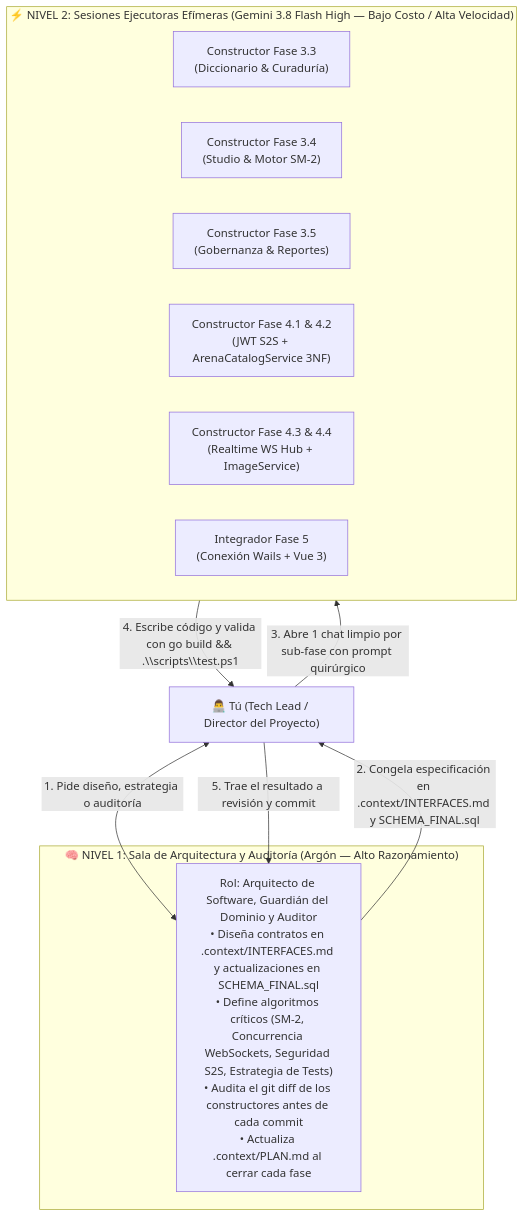
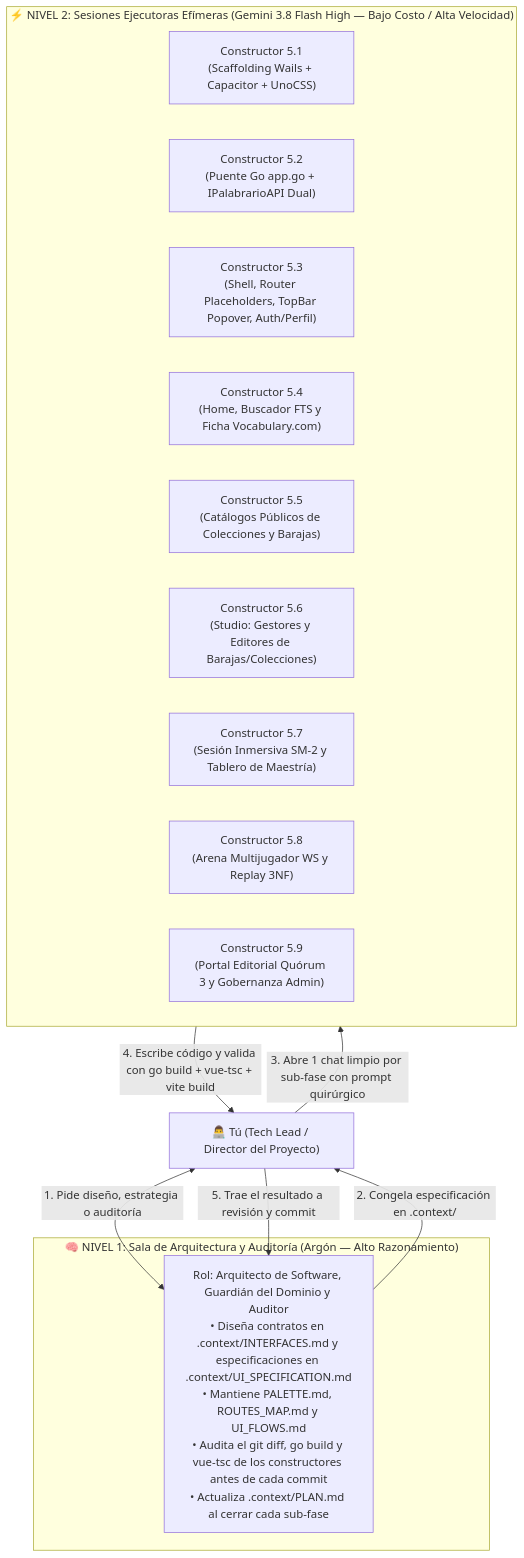
Before and after one commit to OGShawnLee/palabrario: the diagram in AGENT_WORKFLOW.md, drawn with Mermaid. The commit also changed other lines of this file and 82 other files, not shown here.

````diff
--- a/AGENT_WORKFLOW.md
+++ b/AGENT_WORKFLOW.md
@@ -33,23 +37,26 @@
 ```mermaid
 flowchart TD
     Lead["👨‍💻 Tú (Tech Lead / Director del Proyecto)"]
 
     subgraph Tier1["🧠 NIVEL 1: Sala de Arquitectura y Auditoría (Argón — Alto Razonamiento)"]
-        Architect["Rol: Arquitecto de Software, Guardián del Dominio y Auditor\n• Diseña contratos en .context/INTERFACES.md y actualizaciones en SCHEMA_FINAL.sql\n• Define algoritmos críticos (SM-2, Concurrencia WebSockets, Seguridad S2S, Estrategia de Tests)\n• Audita el git diff de los constructores antes de cada commit\n• Actualiza .context/PLAN.md al cerrar cada fase"]
+        Architect["Rol: Arquitecto de Software, Guardián del Dominio y Auditor\n• Diseña contratos en .context/INTERFACES.md y especificaciones en .context/UI_SPECIFICATION.md\n• Mantiene PALETTE.md, ROUTES_MAP.md y UI_FLOWS.md\n• Audita el git diff, go build y vue-tsc de los constructores antes de cada commit\n• Actualiza .context/PLAN.md al cerrar cada sub-fase"]
     end
 
     subgraph Tier2["⚡ NIVEL 2: Sesiones Ejecutoras Efímeras (Gemini 3.8 Flash High — Bajo Costo / Alta Velocidad)"]
-        Builder33["Constructor Fase 3.3\n(Diccionario & Curaduría)"]
-        Builder34["Constructor Fase 3.4\n(Studio & Motor SM-2)"]
-        Builder35["Constructor Fase 3.5\n(Gobernanza & Reportes)"]
-        Builder41["Constructor Fase 4.1 & 4.2\n(JWT S2S + ArenaCatalogService 3NF)"]
-        Builder43["Constructor Fase 4.3 & 4.4\n(Realtime WS Hub + ImageService)"]
-        Builder5["Integrador Fase 5\n(Conexión Wails + Vue 3)"]
+        B51["Constructor 5.1\n(Scaffolding Wails + Capacitor + UnoCSS)"]
+        B52["Constructor 5.2\n(Puente Go app.go + IPalabrarioAPI Dual)"]
+        B53["Constructor 5.3\n(Shell, Router Placeholders, TopBar Popover, Auth/Perfil)"]
+        B54["Constructor 5.4\n(Home, Buscador FTS y Ficha Vocabulary.com)"]
+        B55["Constructor 5.5\n(Catálogos Públicos de Colecciones y Barajas)"]
+        B56["Constructor 5.6\n(Studio: Gestores y Editores de Barajas/Colecciones)"]
+        B57["Constructor 5.7\n(Sesión Inmersiva SM-2 y Tablero de Maestría)"]
+        B58["Constructor 5.8\n(Arena Multijugador WS y Replay 3NF)"]
+        B59["Constructor 5.9\n(Portal Editorial Quórum 3 y Gobernanza Admin)"]
     end
 
     Lead <-->|"1. Pide diseño, estrategia o auditoría"| Architect
-    Architect -->|"2. Congela especificación en .context/INTERFACES.md y SCHEMA_FINAL.sql"| Lead
+    Architect -->|"2. Congela especificación en .context/"| Lead
     Lead -->|"3. Abre 1 chat limpio por sub-fase con prompt quirúrgico"| Tier2
-    Tier2 -->|"4. Escribe código y valida con go build && .\\scripts\\test.ps1"| Lead
+    Tier2 -->|"4. Escribe código y valida con go build + vue-tsc + vite build"| Lead
     Lead -->|"5. Trae el resultado a revisión y commit"| Architect
 ```
````
